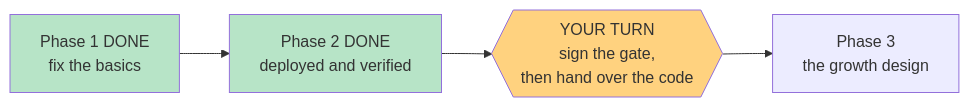
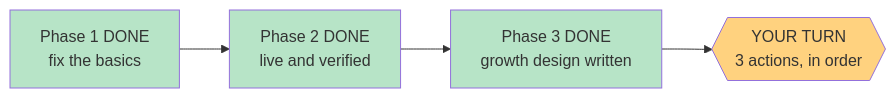
The diagram in .oplan/poc-basics/STATUS.md (dkreinov/magic-clinic-english), drawn with Mermaid before and after one commit. The commit also changed other lines of this file and 4 other files, not shown here.

Commit message:
oplan: phase 3 closed - growth design written, run complete (17 steps, 0 escalations)

````diff
--- a/.oplan/poc-basics/STATUS.md
+++ b/.oplan/poc-basics/STATUS.md
@@ -10,9 +10,10 @@
 ```mermaid
 flowchart LR
-    P1[Phase 1 DONE<br/>fix the basics] --> P2[Phase 2 DONE<br/>deployed and verified]
-    P2 --> OWNER{{YOUR TURN<br/>sign the gate,<br/>then hand over the code}}
-    OWNER --> P3[Phase 3<br/>the growth design]
+    P1[Phase 1 DONE<br/>fix the basics] --> P2[Phase 2 DONE<br/>live and verified]
+    P2 --> P3[Phase 3 DONE<br/>growth design written]
+    P3 --> OWNER{{YOUR TURN<br/>3 actions, in order}}
     style P1 fill:#b7e4c7
     style P2 fill:#b7e4c7
+    style P3 fill:#b7e4c7
     style OWNER fill:#ffd27f
 ```
````
